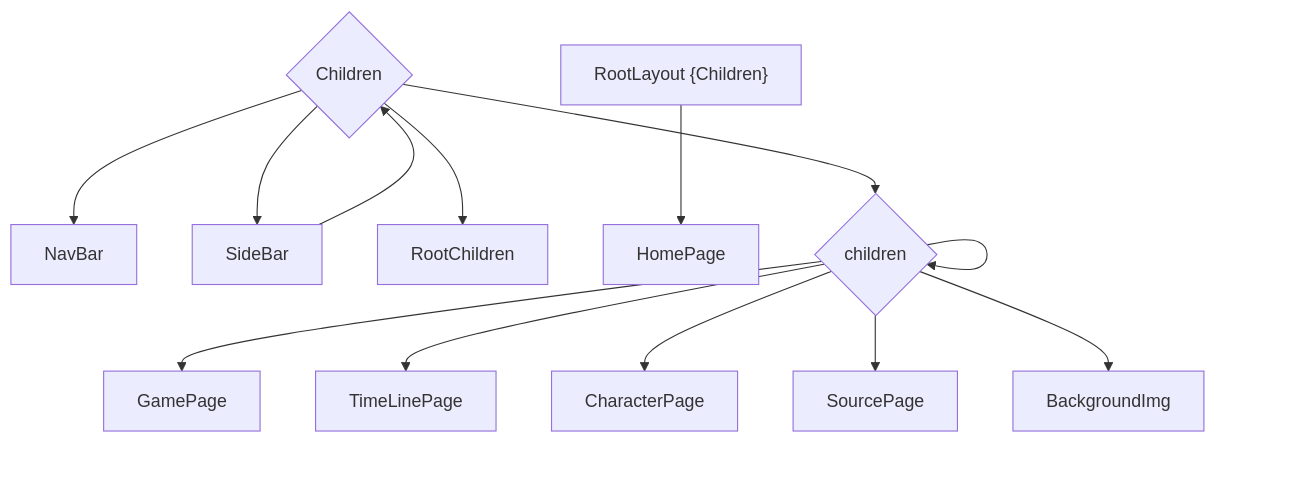
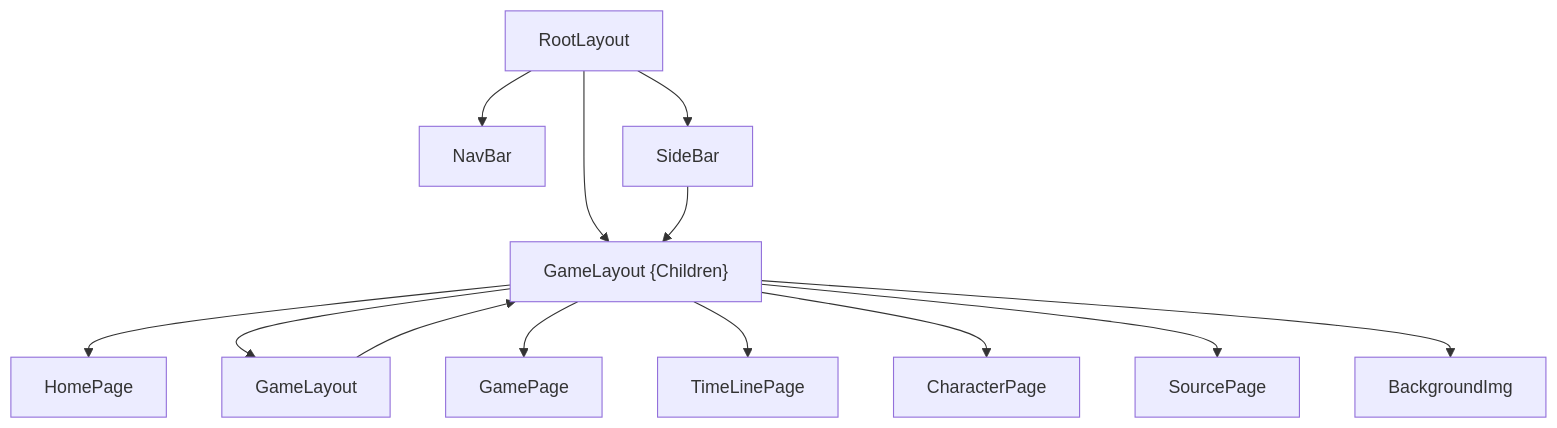
The diagram in README.md (TheNefelin/game-guides-nextjs), drawn with Mermaid before and after one commit.

````diff
--- a/README.md
+++ b/README.md
@@ -4,19 +4,19 @@
 ```mermaid
 graph TD;
     RootLayout --> NavBar
     RootLayout --> SideBar
-    RootLayout --> RootChildren
+    RootLayout --> id1["RootLayout {Children}"]
 
     id1["RootLayout {Children}"] --> HomePage
-    SideBar --> RootLayout{Children}
+    SideBar --> id1["RootLayout {Children}"]
 
-    RootLayout{Children} --> GameLayout
-    GameLayout --> GameLayout{children}
+    id1["RootLayout {Children}"] --> GameLayout
+    GameLayout --> id1["GameLayout {Children}"]
 
-    GameLayout{children} --> GamePage
-    GameLayout{children} --> TimeLinePage
-    GameLayout{children} --> CharacterPage        
-    GameLayout{children} --> SourcePage
-    GameLayout{children} --> BackgroundImg
+    id1["GameLayout {Children}"] --> GamePage
+    id1["GameLayout {Children}"] --> TimeLinePage
+    id1["GameLayout {Children}"] --> CharacterPage        
+    id1["GameLayout {Children}"] --> SourcePage
+    id1["GameLayout {Children}"] --> BackgroundImg
     ;
 ```
````
